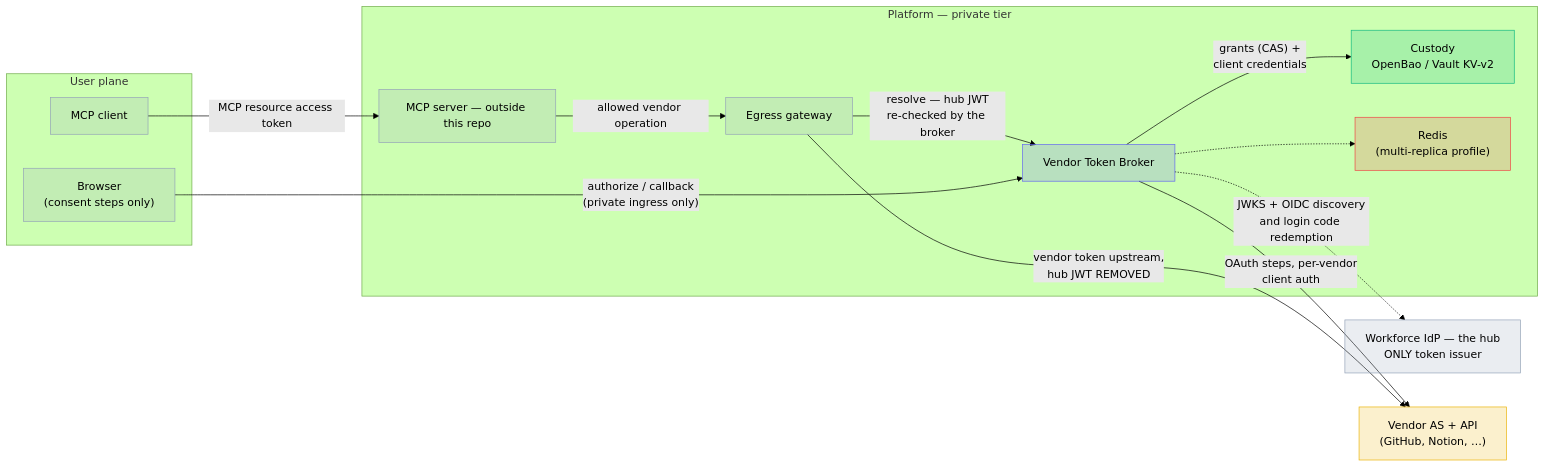
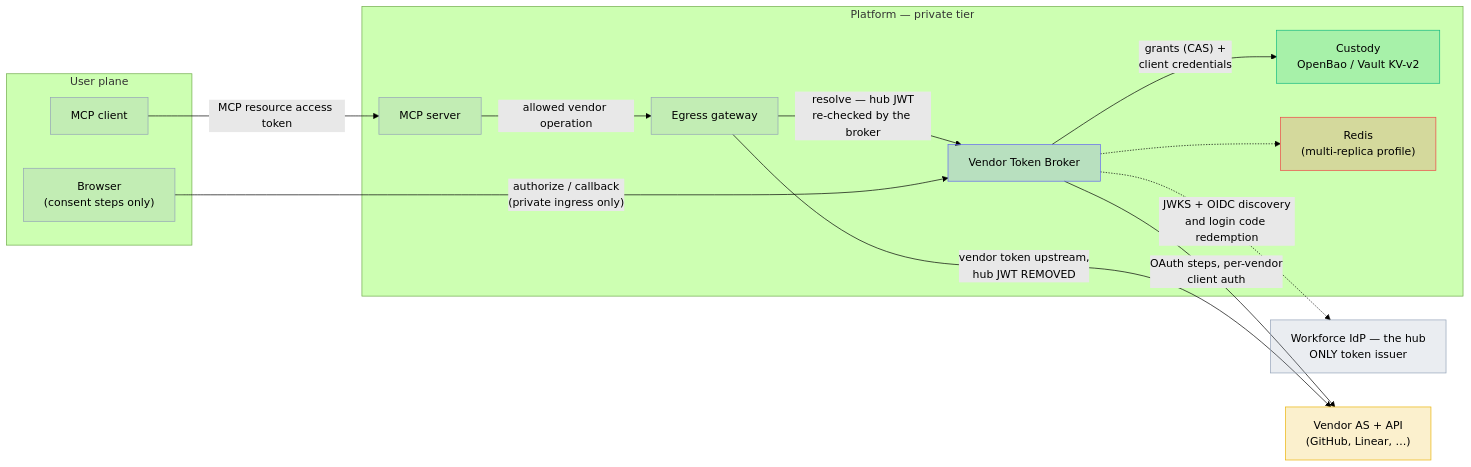
The first of 4 diagrams in docs/design.md (chief-builder/vendor-token-broker), drawn with Mermaid (forest theme) before and after one commit. The commit also changed other lines of this file and 26 other files, not shown here.

````diff
--- a/docs/design.md
+++ b/docs/design.md
@@ -87,37 +110,37 @@
 ```mermaid
 flowchart LR
     subgraph userplane["User plane"]
         C["MCP client"]
         UA["Browser<br/>(consent steps only)"]
     end
     subgraph platform["Platform — private tier"]
-        S["MCP server — outside this repo"]
+        S["MCP server"]
         G["Egress gateway"]
         B["Vendor Token Broker"]
         K["Custody<br/>OpenBao / Vault KV-v2"]
         R["Redis<br/>(multi-replica profile)"]
     end
     H["Workforce IdP — the hub<br/>ONLY token issuer"]
-    V["Vendor AS + API<br/>(GitHub, Notion, …)"]
+    V["Vendor AS + API<br/>(GitHub, Linear, …)"]
 
     C -- "MCP resource access token" --> S
     S -- "allowed vendor operation" --> G
     G -- "resolve — hub JWT<br/>re-checked by the broker" --> B
     UA -- "authorize / callback<br/>(private ingress only)" --> B
     B -. "JWKS + OIDC discovery<br/>and login code redemption" .-> H
     B -- "OAuth steps, per-vendor<br/>client auth" --> V
     G -- "vendor token upstream,<br/>hub JWT REMOVED" --> V
     B -- "grants (CAS) +<br/>client credentials" --> K
     B -.-> R
 
     classDef broker fill:#6366f133,stroke:#6366f1
     classDef vendor fill:#eab30833,stroke:#eab308
     classDef custody fill:#10b98133,stroke:#10b981
     classDef coord fill:#ef444433,stroke:#ef4444
     classDef neutral fill:#94a3b833,stroke:#94a3b8
     class B broker
     class V vendor
     class K custody
     class R coord
     class C,UA,S,G,H neutral
 ```
````
